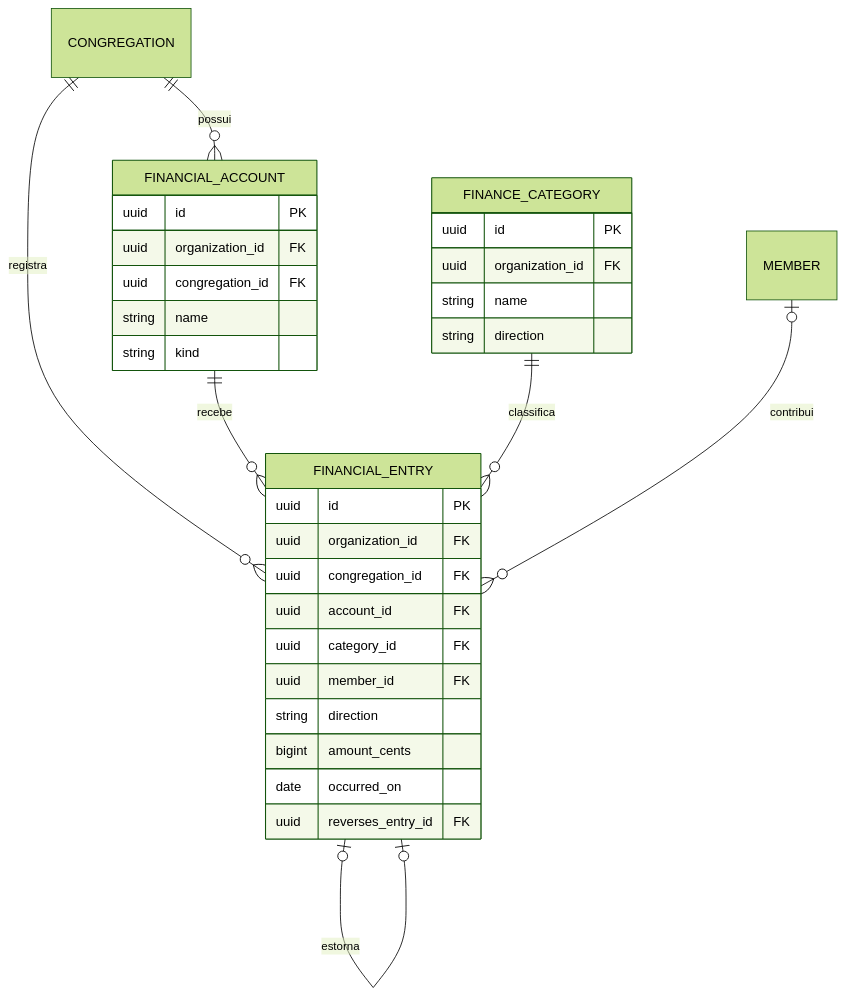
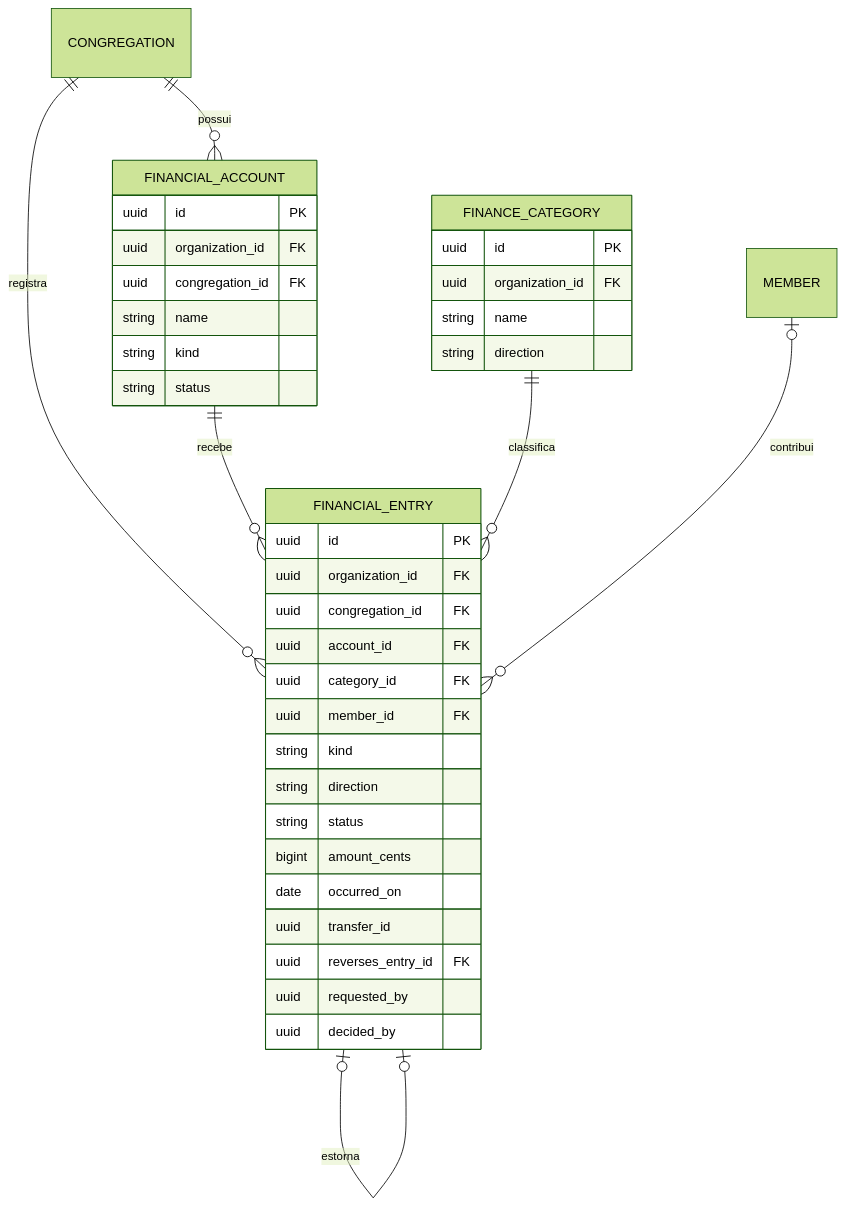
One commit to JTllesJR/sistema-igreja changed the fifth of 6 diagrams in docs/diagramas/modelo-er.md. Above: the diagram before and after it, drawn with Mermaid (forest theme). The commit also changed other lines of this file and 7 other files, not shown here.

````diff
--- a/docs/diagramas/modelo-er.md
+++ b/docs/diagramas/modelo-er.md
@@ -218,35 +218,41 @@
 ```mermaid
 erDiagram
     CONGREGATION ||--o{ FINANCIAL_ACCOUNT : possui
     CONGREGATION ||--o{ FINANCIAL_ENTRY : registra
     FINANCIAL_ACCOUNT ||--o{ FINANCIAL_ENTRY : recebe
     FINANCE_CATEGORY ||--o{ FINANCIAL_ENTRY : classifica
     MEMBER |o--o{ FINANCIAL_ENTRY : contribui
     FINANCIAL_ENTRY |o--o| FINANCIAL_ENTRY : estorna
 
     FINANCIAL_ACCOUNT {
         uuid id PK
         uuid organization_id FK
         uuid congregation_id FK
         string name
         string kind
+        string status
     }
     FINANCE_CATEGORY {
         uuid id PK
         uuid organization_id FK
         string name
         string direction
     }
     FINANCIAL_ENTRY {
         uuid id PK
         uuid organization_id FK
         uuid congregation_id FK
         uuid account_id FK
         uuid category_id FK
         uuid member_id FK
+        string kind
         string direction
+        string status
         bigint amount_cents
         date occurred_on
+        uuid transfer_id
         uuid reverses_entry_id FK
+        uuid requested_by
+        uuid decided_by
     }
 ```
````
